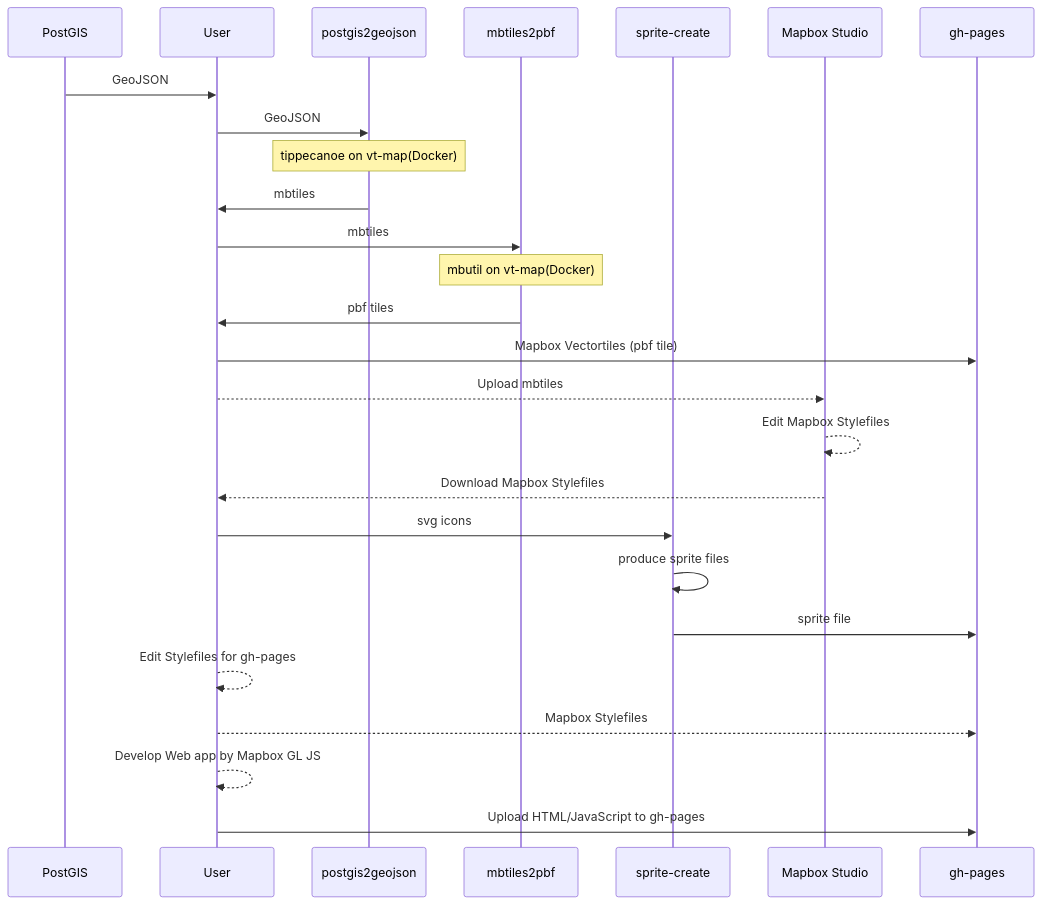
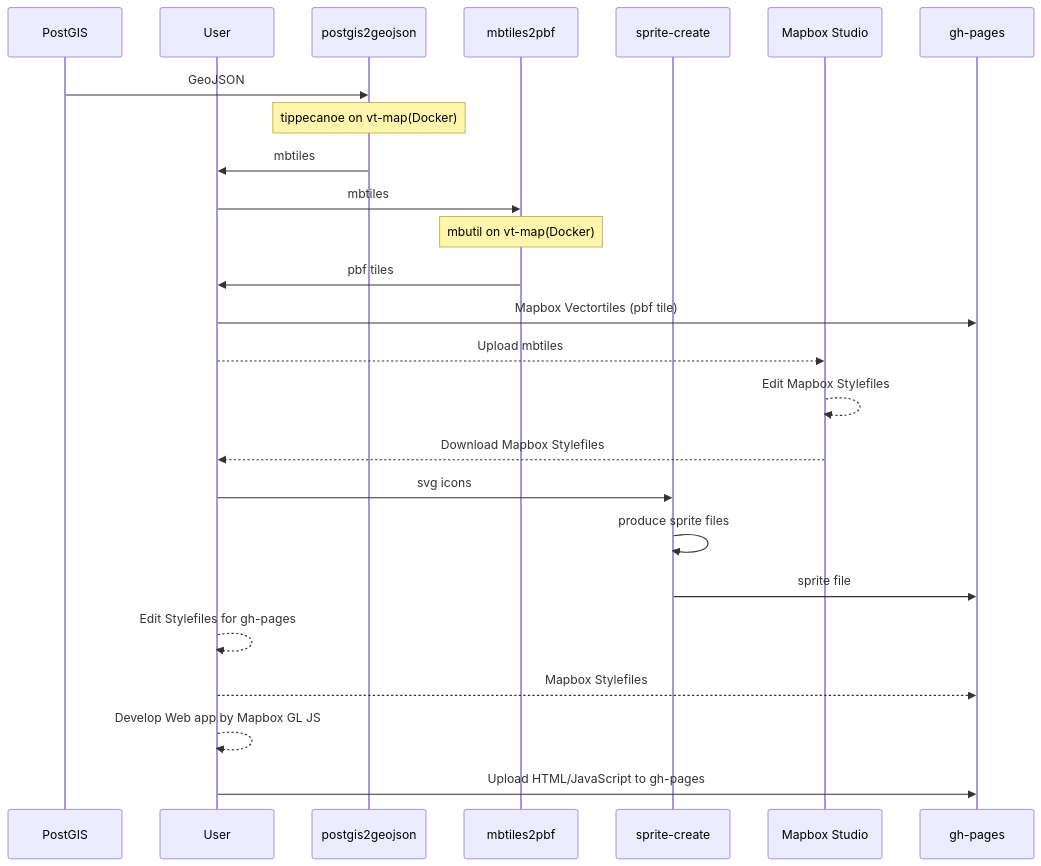
Before and after one commit to narwassco/awesome-narok-vector-tiles: the diagram in images/procedures.md, drawn with Mermaid. The commit also changed 3 other files, not shown here.

````diff
--- a/images/procedures.md
+++ b/images/procedures.md
@@ -2,28 +2,27 @@
 ```mermaid
 sequenceDiagram
     participant db as PostGIS
     participant x as User
     participant a as postgis2geojson
     participant b as mbtiles2pbf
     participant c as sprite-create
     participant y as Mapbox Studio
     participant z as gh-pages
-    db->>x: GeoJSON
-    x->>a: GeoJSON
+    db->>a: GeoJSON
     Note over a: tippecanoe on vt-map(Docker)
     a->>x: mbtiles
     x->>b: mbtiles
     Note over b: mbutil on vt-map(Docker)
     b->>x: pbf tiles
     x->>z: Mapbox Vectortiles (pbf tile) 
     x-->>y: Upload mbtiles
     y-->>y: Edit Mapbox Stylefiles
     y-->>x: Download Mapbox Stylefiles
     x->>c: svg icons
     c->>c: produce sprite files
     c->>z: sprite file
     x-->>x: Edit Stylefiles for gh-pages
     x-->>z: Mapbox Stylefiles
     x-->>x: Develop Web app by Mapbox GL JS
     x->>z: Upload HTML/JavaScript to gh-pages
 ```
````
